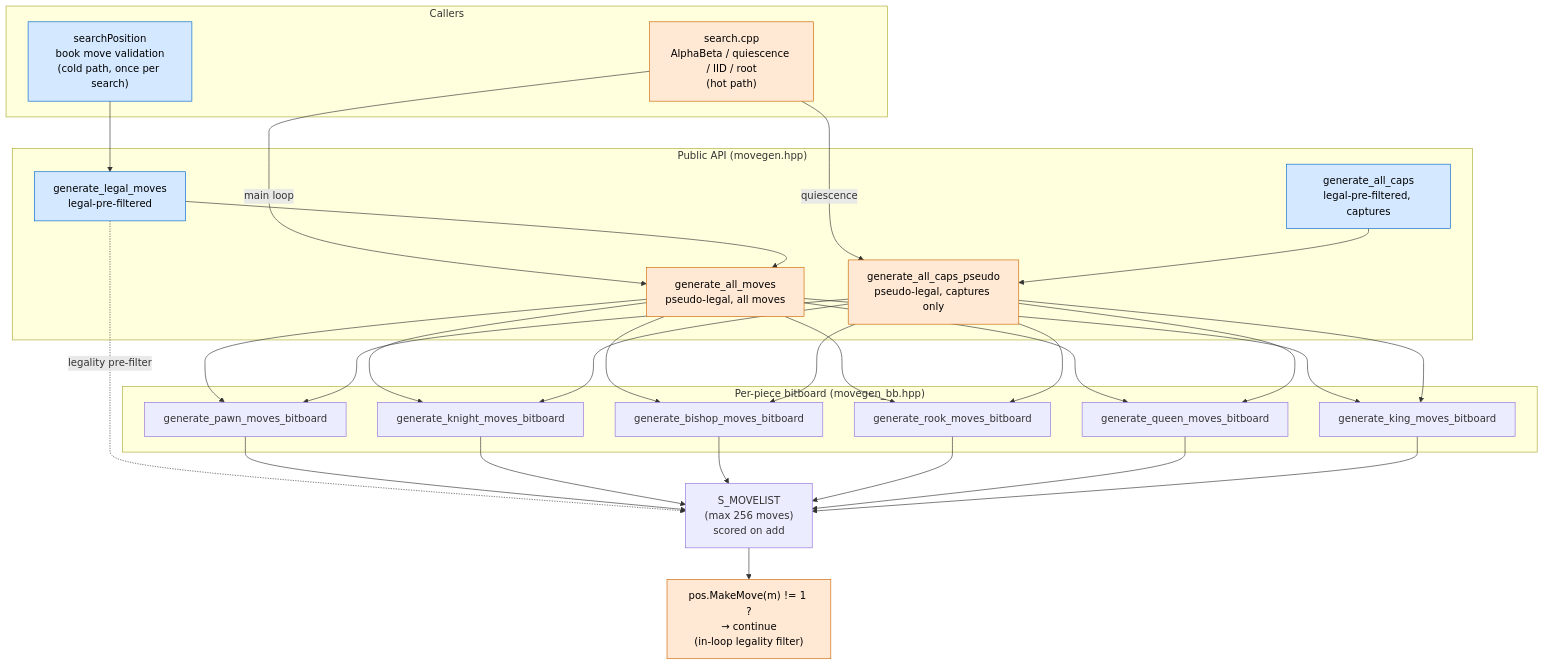
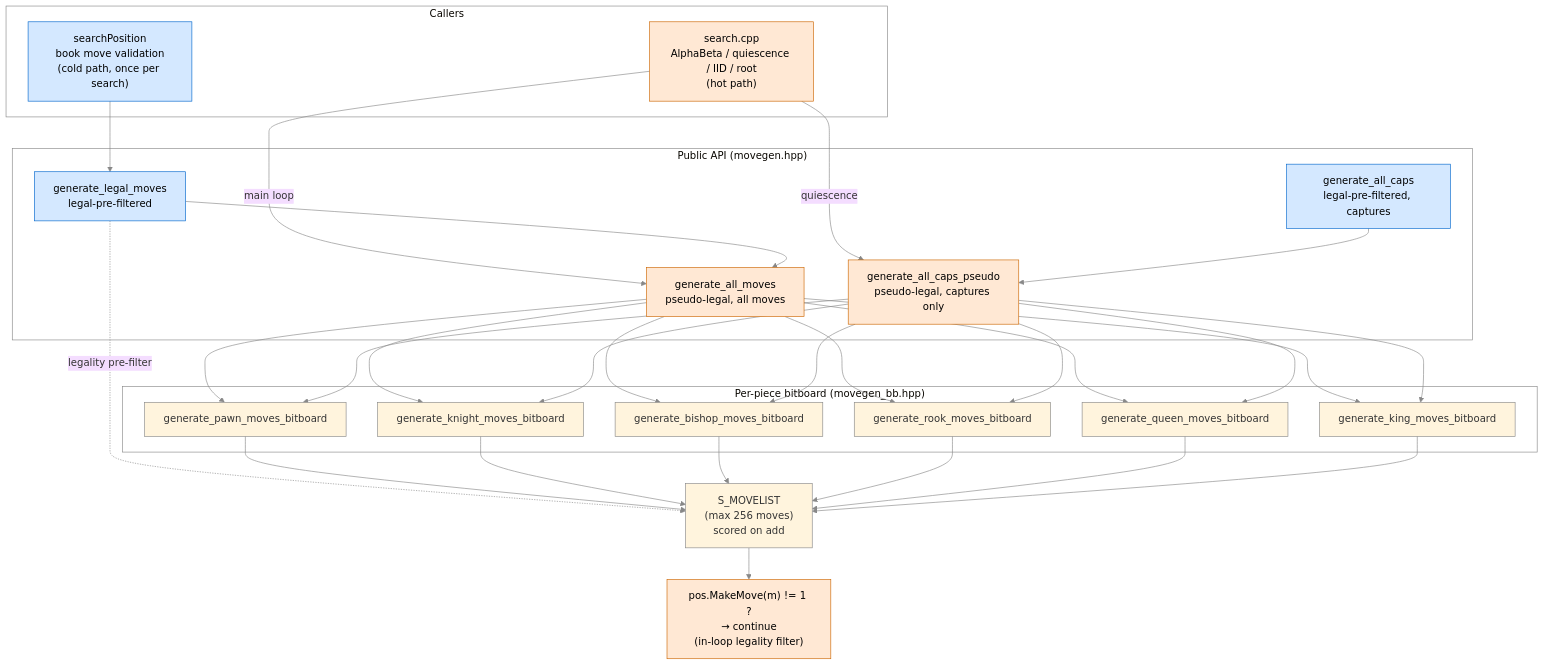
Before and after one commit to MTDuke71/Huginn: the second of 4 diagrams in docs/POSITION_AND_MOVEGEN_ARCHITECTURE.md, drawn with Mermaid. The commit also changed other lines of this file, not shown here.

First line of the commit message:
Docs: add 4 more architecture diagrams to position/movegen doc

````diff
--- a/docs/POSITION_AND_MOVEGEN_ARCHITECTURE.md
+++ b/docs/POSITION_AND_MOVEGEN_ARCHITECTURE.md
@@ -113,45 +233,46 @@
 ```mermaid
+%%{init: {'theme':'base', 'themeVariables': {'lineColor':'#888888', 'primaryBorderColor':'#888888', 'clusterBkg':'transparent', 'clusterBorder':'#888888'}}}%%
 flowchart TD
     subgraph callers["Callers"]
         SEARCH["search.cpp<br/>AlphaBeta / quiescence / IID / root<br/>(hot path)"]
         BOOK["searchPosition<br/>book move validation<br/>(cold path, once per search)"]
     end
 
     subgraph public_api["Public API (movegen.hpp)"]
         GEN_ALL["generate_all_moves<br/>pseudo-legal, all moves"]
         GEN_CAPS_PSEUDO["generate_all_caps_pseudo<br/>pseudo-legal, captures only"]
         GEN_LEGAL["generate_legal_moves<br/>legal-pre-filtered"]
         GEN_CAPS["generate_all_caps<br/>legal-pre-filtered, captures"]
     end
 
     subgraph per_piece["Per-piece bitboard (movegen_bb.hpp)"]
         BB_PAWN["generate_pawn_moves_bitboard"]
         BB_KNIGHT["generate_knight_moves_bitboard"]
         BB_BISHOP["generate_bishop_moves_bitboard"]
         BB_ROOK["generate_rook_moves_bitboard"]
         BB_QUEEN["generate_queen_moves_bitboard"]
         BB_KING["generate_king_moves_bitboard"]
     end
 
     LIST["S_MOVELIST<br/>(max 256 moves)<br/>scored on add"]
 
     FILTER["pos.MakeMove(m) != 1 ?<br/>→ continue<br/>(in-loop legality filter)"]
 
     SEARCH -->|main loop| GEN_ALL
     SEARCH -->|quiescence| GEN_CAPS_PSEUDO
     BOOK --> GEN_LEGAL
 
     GEN_ALL --> BB_PAWN & BB_KNIGHT & BB_BISHOP & BB_ROOK & BB_QUEEN & BB_KING
     GEN_CAPS_PSEUDO --> BB_PAWN & BB_KNIGHT & BB_BISHOP & BB_ROOK & BB_QUEEN & BB_KING
     GEN_LEGAL --> GEN_ALL
     GEN_LEGAL -.legality pre-filter.-> LIST
     GEN_CAPS --> GEN_CAPS_PSEUDO
 
     BB_PAWN & BB_KNIGHT & BB_BISHOP & BB_ROOK & BB_QUEEN & BB_KING --> LIST
     LIST --> FILTER
 
     classDef hot fill:#ffe8d4,stroke:#cc6600,color:#000
     classDef cold fill:#d4e8ff,stroke:#0066cc,color:#000
     class SEARCH,GEN_ALL,GEN_CAPS_PSEUDO,FILTER hot
     class BOOK,GEN_LEGAL,GEN_CAPS cold
 ```
````
